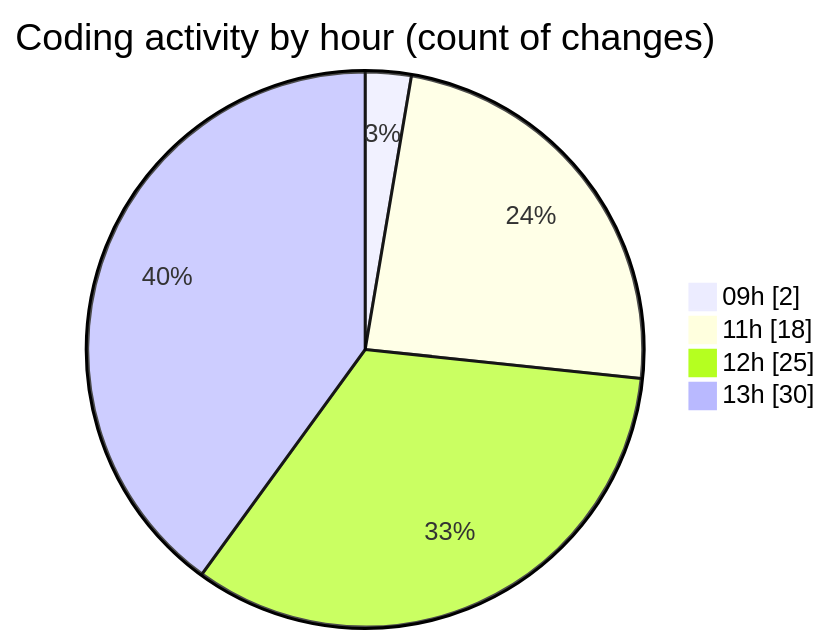
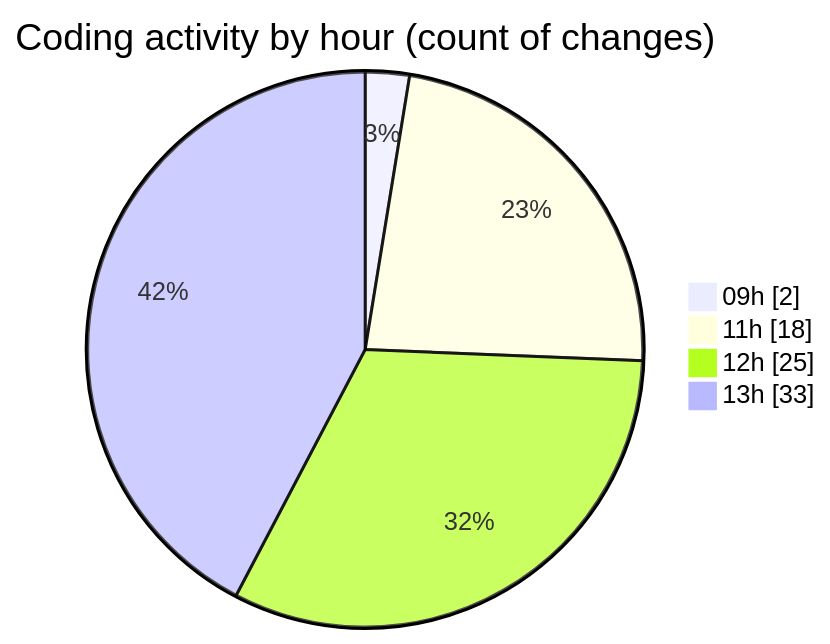
One commit to momahboobian/code-tracking changed the second of 2 diagrams in 2025-06-30/cda/README.md. Above: the diagram before and after it, drawn with Mermaid. The commit also changed other lines of this file and 1 other file, not shown here.

````diff
--- a/2025-06-30/cda/README.md
+++ b/2025-06-30/cda/README.md
@@ -50,8 +50,8 @@
 ```mermaid
 pie showData
 title Coding activity by hour (count of changes)
 "09h" : 2
 "11h" : 18
 "12h" : 25
-"13h" : 30
+"13h" : 33
 ```
````
